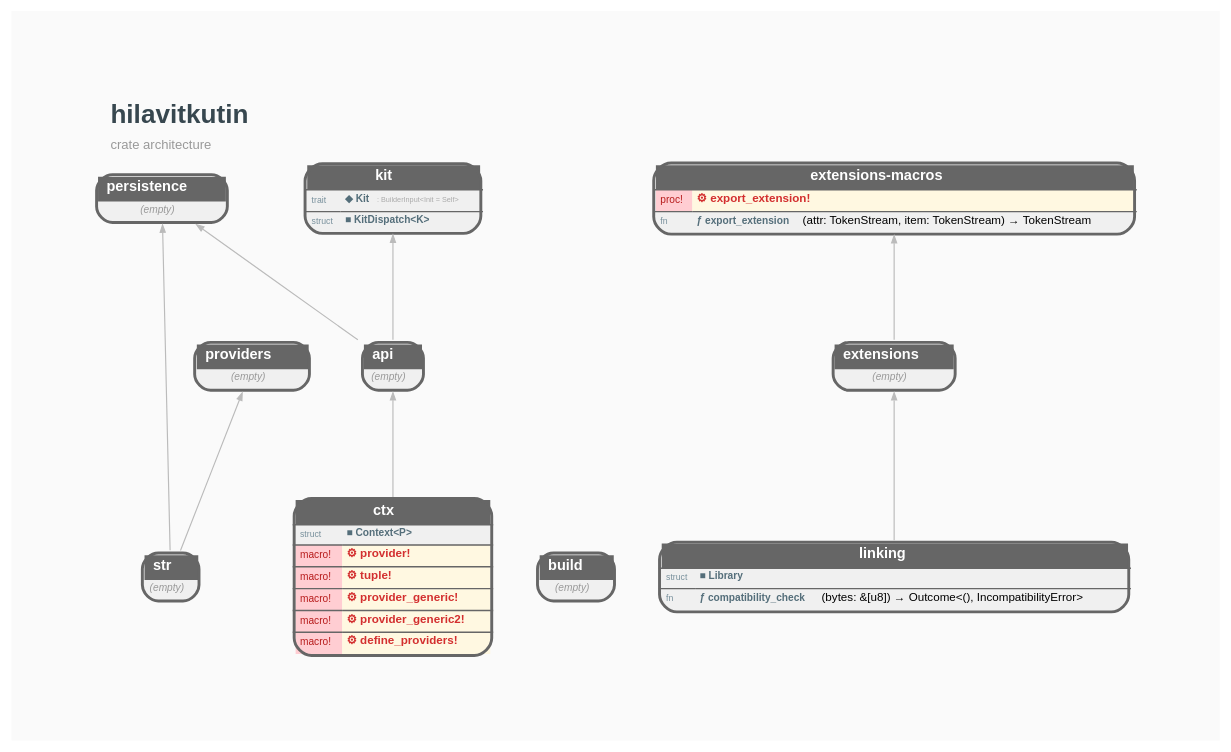
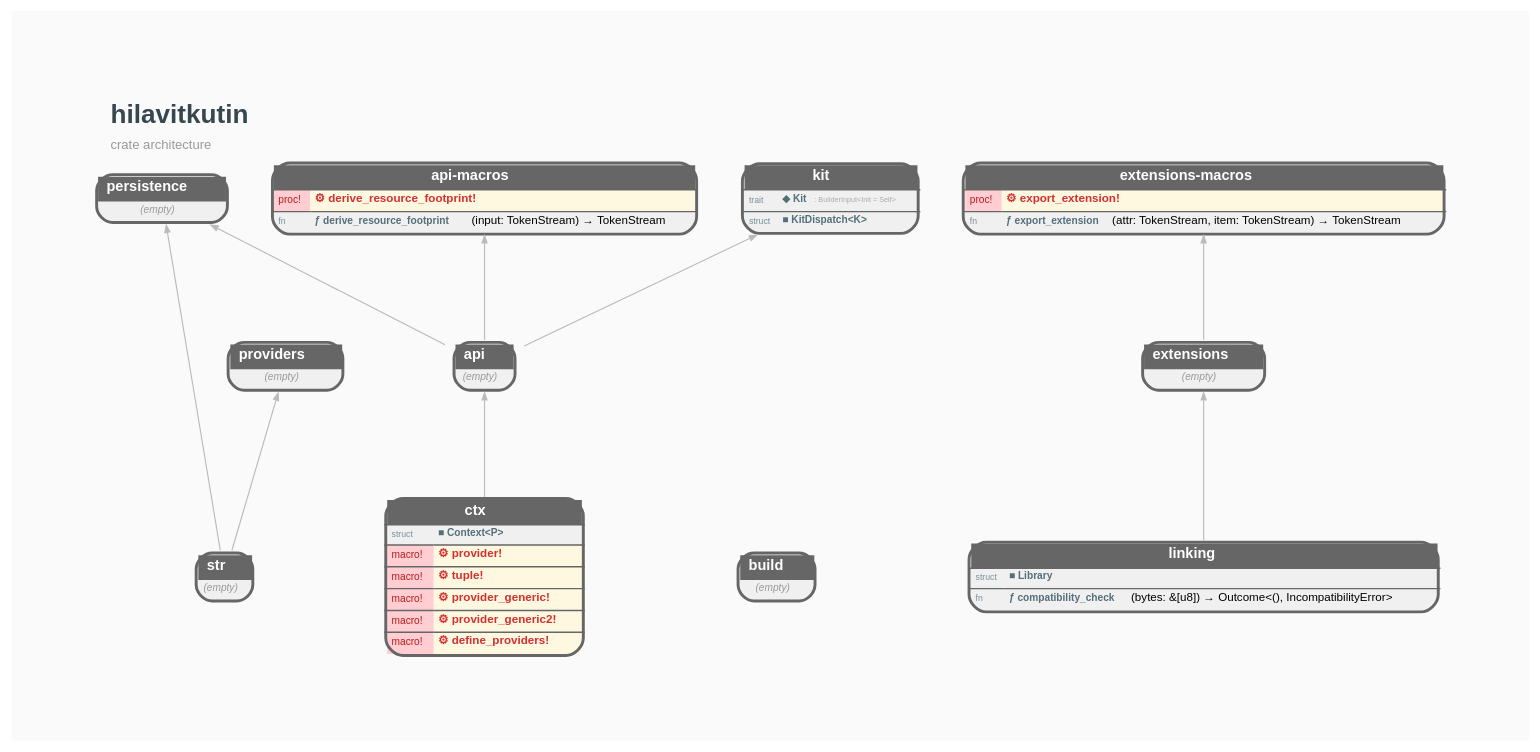
One commit to orgrinrt/hilavitkutin changed the diagram in docs/STRUCTURE.GRAPH.dot. Above: the diagram before and after it, drawn with Graphviz. The commit also changed 35 other files, not shown here.

First line of the commit message:
feat: add hilavitkutin-api-macros crate with ResourceFootprint derive

```diff
--- a/docs/STRUCTURE.GRAPH.dot
+++ b/docs/STRUCTURE.GRAPH.dot
@@ -1,46 +1,48 @@
 // AUTO-GENERATED — DO NOT EDIT DIRECTLY
 //
 // Generated by: mockspace (mock)
-// Generated at: 2026-06-11T05:40:10Z
+// Generated at: 2026-06-19T14:25:30Z
 // Source: mock/
 // To regenerate: cargo mock
 
 digraph hilavitkutin {
     rankdir=BT;
     newrank=true;
     bgcolor="#FAFAFA";
     graph [fontname="Helvetica", fontsize=10, pad=0.8, nodesep=0.4, ranksep=1.0];
     node [fontname="Helvetica", fontsize=8];
     edge [fontname="Helvetica", fontsize=7, color="#BBBBBB", arrowsize=0.5, penwidth=0.8];
 
     labelloc=t;
     labeljust=l;
     label=<<TABLE BORDER="0" CELLBORDER="0" CELLSPACING="0"><TR><TD ALIGN="LEFT"><FONT POINT-SIZE="18" COLOR="#37474F"><B>hilavitkutin</B></FONT></TD></TR><TR><TD ALIGN="LEFT"><FONT POINT-SIZE="9" COLOR="#999999">crate architecture</FONT></TD></TR></TABLE>>;
 
     hilavitkutin_api [shape=none, margin=0, label=<<TABLE BORDER="2" CELLBORDER="0" CELLSPACING="0" CELLPADDING="3" BGCOLOR="#F0F0F0" COLOR="#666666" STYLE="ROUNDED"><TR><TD COLSPAN="2" BGCOLOR="#666666" ALIGN="CENTER"><FONT COLOR="white" POINT-SIZE="10"><B>  api  </B></FONT></TD></TR><TR><TD COLSPAN="2"><FONT COLOR="#999999" POINT-SIZE="7"><I>(empty)</I></FONT></TD></TR></TABLE>>];
+    hilavitkutin_api_macros [shape=none, margin=0, label=<<TABLE BORDER="2" CELLBORDER="0" CELLSPACING="0" CELLPADDING="3" BGCOLOR="#F0F0F0" COLOR="#666666" STYLE="ROUNDED"><TR><TD COLSPAN="2" BGCOLOR="#666666" ALIGN="CENTER"><FONT COLOR="white" POINT-SIZE="10"><B>  api-macros  </B></FONT></TD></TR><HR/><TR><TD ALIGN="LEFT" BGCOLOR="#FFCDD2"><FONT COLOR="#B71C1C" POINT-SIZE="7">proc!</FONT></TD><TD ALIGN="LEFT" BGCOLOR="#FFF8E1" PORT="p_derive_resource_footprint"><FONT COLOR="#D32F2F"><B>⚙ derive_resource_footprint!</B></FONT></TD></TR><HR/><TR><TD ALIGN="LEFT"><FONT COLOR="#78909C" POINT-SIZE="6">fn</FONT></TD><TD ALIGN="LEFT" PORT="p_derive_resource_footprint"><FONT COLOR="#546E7A" POINT-SIZE="7"><B>ƒ derive_resource_footprint</B></FONT>(input: TokenStream) → TokenStream</TD></TR></TABLE>>];
     hilavitkutin_build [shape=none, margin=0, label=<<TABLE BORDER="2" CELLBORDER="0" CELLSPACING="0" CELLPADDING="3" BGCOLOR="#F0F0F0" COLOR="#666666" STYLE="ROUNDED"><TR><TD COLSPAN="2" BGCOLOR="#666666" ALIGN="CENTER"><FONT COLOR="white" POINT-SIZE="10"><B>  build  </B></FONT></TD></TR><TR><TD COLSPAN="2"><FONT COLOR="#999999" POINT-SIZE="7"><I>(empty)</I></FONT></TD></TR></TABLE>>];
     hilavitkutin_ctx [shape=none, margin=0, label=<<TABLE BORDER="2" CELLBORDER="0" CELLSPACING="0" CELLPADDING="3" BGCOLOR="#F0F0F0" COLOR="#666666" STYLE="ROUNDED"><TR><TD COLSPAN="2" BGCOLOR="#666666" ALIGN="CENTER"><FONT COLOR="white" POINT-SIZE="10"><B>  ctx  </B></FONT></TD></TR><HR/><TR><TD ALIGN="LEFT"><FONT COLOR="#78909C" POINT-SIZE="6">struct</FONT></TD><TD ALIGN="LEFT" PORT="p_Context"><FONT COLOR="#546E7A" POINT-SIZE="7"><B>■ Context&lt;P&gt;</B></FONT></TD></TR><HR/><TR><TD ALIGN="LEFT" BGCOLOR="#FFCDD2"><FONT COLOR="#B71C1C" POINT-SIZE="7">macro!</FONT></TD><TD ALIGN="LEFT" BGCOLOR="#FFF8E1" PORT="p_provider"><FONT COLOR="#D32F2F"><B>⚙ provider!</B></FONT></TD></TR><HR/><TR><TD ALIGN="LEFT" BGCOLOR="#FFCDD2"><FONT COLOR="#B71C1C" POINT-SIZE="7">macro!</FONT></TD><TD ALIGN="LEFT" BGCOLOR="#FFF8E1" PORT="p_tuple"><FONT COLOR="#D32F2F"><B>⚙ tuple!</B></FONT></TD></TR><HR/><TR><TD ALIGN="LEFT" BGCOLOR="#FFCDD2"><FONT COLOR="#B71C1C" POINT-SIZE="7">macro!</FONT></TD><TD ALIGN="LEFT" BGCOLOR="#FFF8E1" PORT="p_provider_generic"><FONT COLOR="#D32F2F"><B>⚙ provider_generic!</B></FONT></TD></TR><HR/><TR><TD ALIGN="LEFT" BGCOLOR="#FFCDD2"><FONT COLOR="#B71C1C" POINT-SIZE="7">macro!</FONT></TD><TD ALIGN="LEFT" BGCOLOR="#FFF8E1" PORT="p_provider_generic2"><FONT COLOR="#D32F2F"><B>⚙ provider_generic2!</B></FONT></TD></TR><HR/><TR><TD ALIGN="LEFT" BGCOLOR="#FFCDD2"><FONT COLOR="#B71C1C" POINT-SIZE="7">macro!</FONT></TD><TD ALIGN="LEFT" BGCOLOR="#FFF8E1" PORT="p_define_providers"><FONT COLOR="#D32F2F"><B>⚙ define_providers!</B></FONT></TD></TR></TABLE>>];
     hilavitkutin_extensions [shape=none, margin=0, label=<<TABLE BORDER="2" CELLBORDER="0" CELLSPACING="0" CELLPADDING="3" BGCOLOR="#F0F0F0" COLOR="#666666" STYLE="ROUNDED"><TR><TD COLSPAN="2" BGCOLOR="#666666" ALIGN="CENTER"><FONT COLOR="white" POINT-SIZE="10"><B>  extensions  </B></FONT></TD></TR><TR><TD COLSPAN="2"><FONT COLOR="#999999" POINT-SIZE="7"><I>(empty)</I></FONT></TD></TR></TABLE>>];
     hilavitkutin_extensions_macros [shape=none, margin=0, label=<<TABLE BORDER="2" CELLBORDER="0" CELLSPACING="0" CELLPADDING="3" BGCOLOR="#F0F0F0" COLOR="#666666" STYLE="ROUNDED"><TR><TD COLSPAN="2" BGCOLOR="#666666" ALIGN="CENTER"><FONT COLOR="white" POINT-SIZE="10"><B>  extensions-macros  </B></FONT></TD></TR><HR/><TR><TD ALIGN="LEFT" BGCOLOR="#FFCDD2"><FONT COLOR="#B71C1C" POINT-SIZE="7">proc!</FONT></TD><TD ALIGN="LEFT" BGCOLOR="#FFF8E1" PORT="p_export_extension"><FONT COLOR="#D32F2F"><B>⚙ export_extension!</B></FONT></TD></TR><HR/><TR><TD ALIGN="LEFT"><FONT COLOR="#78909C" POINT-SIZE="6">fn</FONT></TD><TD ALIGN="LEFT" PORT="p_export_extension"><FONT COLOR="#546E7A" POINT-SIZE="7"><B>ƒ export_extension</B></FONT>(attr: TokenStream, item: TokenStream) → TokenStream</TD></TR></TABLE>>];
     hilavitkutin_kit [shape=none, margin=0, label=<<TABLE BORDER="2" CELLBORDER="0" CELLSPACING="0" CELLPADDING="3" BGCOLOR="#F0F0F0" COLOR="#666666" STYLE="ROUNDED"><TR><TD COLSPAN="2" BGCOLOR="#666666" ALIGN="CENTER"><FONT COLOR="white" POINT-SIZE="10"><B>  kit  </B></FONT></TD></TR><HR/><TR><TD ALIGN="LEFT"><FONT COLOR="#78909C" POINT-SIZE="6">trait</FONT></TD><TD ALIGN="LEFT" PORT="p_Kit"><FONT COLOR="#546E7A" POINT-SIZE="7"><B>◆ Kit</B></FONT> <FONT COLOR="#AAAAAA" POINT-SIZE="5">: BuilderInput&lt;Init = Self&gt;</FONT></TD></TR><HR/><TR><TD ALIGN="LEFT"><FONT COLOR="#78909C" POINT-SIZE="6">struct</FONT></TD><TD ALIGN="LEFT" PORT="p_KitDispatch"><FONT COLOR="#546E7A" POINT-SIZE="7"><B>■ KitDispatch&lt;K&gt;</B></FONT></TD></TR></TABLE>>];
     hilavitkutin_linking [shape=none, margin=0, label=<<TABLE BORDER="2" CELLBORDER="0" CELLSPACING="0" CELLPADDING="3" BGCOLOR="#F0F0F0" COLOR="#666666" STYLE="ROUNDED"><TR><TD COLSPAN="2" BGCOLOR="#666666" ALIGN="CENTER"><FONT COLOR="white" POINT-SIZE="10"><B>  linking  </B></FONT></TD></TR><HR/><TR><TD ALIGN="LEFT"><FONT COLOR="#78909C" POINT-SIZE="6">struct</FONT></TD><TD ALIGN="LEFT" PORT="p_Library"><FONT COLOR="#546E7A" POINT-SIZE="7"><B>■ Library</B></FONT></TD></TR><HR/><TR><TD ALIGN="LEFT"><FONT COLOR="#78909C" POINT-SIZE="6">fn</FONT></TD><TD ALIGN="LEFT" PORT="p_compatibility_check"><FONT COLOR="#546E7A" POINT-SIZE="7"><B>ƒ compatibility_check</B></FONT>(bytes: &amp;[u8]) → Outcome&lt;(), IncompatibilityError&gt;</TD></TR></TABLE>>];
     hilavitkutin_persistence [shape=none, margin=0, label=<<TABLE BORDER="2" CELLBORDER="0" CELLSPACING="0" CELLPADDING="3" BGCOLOR="#F0F0F0" COLOR="#666666" STYLE="ROUNDED"><TR><TD COLSPAN="2" BGCOLOR="#666666" ALIGN="CENTER"><FONT COLOR="white" POINT-SIZE="10"><B>  persistence  </B></FONT></TD></TR><TR><TD COLSPAN="2"><FONT COLOR="#999999" POINT-SIZE="7"><I>(empty)</I></FONT></TD></TR></TABLE>>];
     hilavitkutin_providers [shape=none, margin=0, label=<<TABLE BORDER="2" CELLBORDER="0" CELLSPACING="0" CELLPADDING="3" BGCOLOR="#F0F0F0" COLOR="#666666" STYLE="ROUNDED"><TR><TD COLSPAN="2" BGCOLOR="#666666" ALIGN="CENTER"><FONT COLOR="white" POINT-SIZE="10"><B>  providers  </B></FONT></TD></TR><TR><TD COLSPAN="2"><FONT COLOR="#999999" POINT-SIZE="7"><I>(empty)</I></FONT></TD></TR></TABLE>>];
     hilavitkutin_str [shape=none, margin=0, label=<<TABLE BORDER="2" CELLBORDER="0" CELLSPACING="0" CELLPADDING="3" BGCOLOR="#F0F0F0" COLOR="#666666" STYLE="ROUNDED"><TR><TD COLSPAN="2" BGCOLOR="#666666" ALIGN="CENTER"><FONT COLOR="white" POINT-SIZE="10"><B>  str  </B></FONT></TD></TR><TR><TD COLSPAN="2"><FONT COLOR="#999999" POINT-SIZE="7"><I>(empty)</I></FONT></TD></TR></TABLE>>];
 
     { rank=same; hilavitkutin_build; hilavitkutin_ctx; hilavitkutin_linking; hilavitkutin_str; } // depth 0
     { rank=same; hilavitkutin_api; hilavitkutin_extensions; } // depth 1
-    { rank=same; hilavitkutin_extensions_macros; hilavitkutin_kit; hilavitkutin_persistence; } // depth 2
+    { rank=same; hilavitkutin_api_macros; hilavitkutin_extensions_macros; hilavitkutin_kit; hilavitkutin_persistence; } // depth 2
     { rank=same; hilavitkutin_providers; } // depth 3
 
 
     // Dependency edges (transitively reduced)
     hilavitkutin_ctx -> hilavitkutin_api;
+    hilavitkutin_api -> hilavitkutin_api_macros;
     hilavitkutin_linking -> hilavitkutin_extensions;
     hilavitkutin_extensions -> hilavitkutin_extensions_macros;
     hilavitkutin_api -> hilavitkutin_kit;
     hilavitkutin_str -> hilavitkutin_persistence;
     hilavitkutin_api -> hilavitkutin_persistence;
     hilavitkutin_str -> hilavitkutin_providers;
 
 }
```
